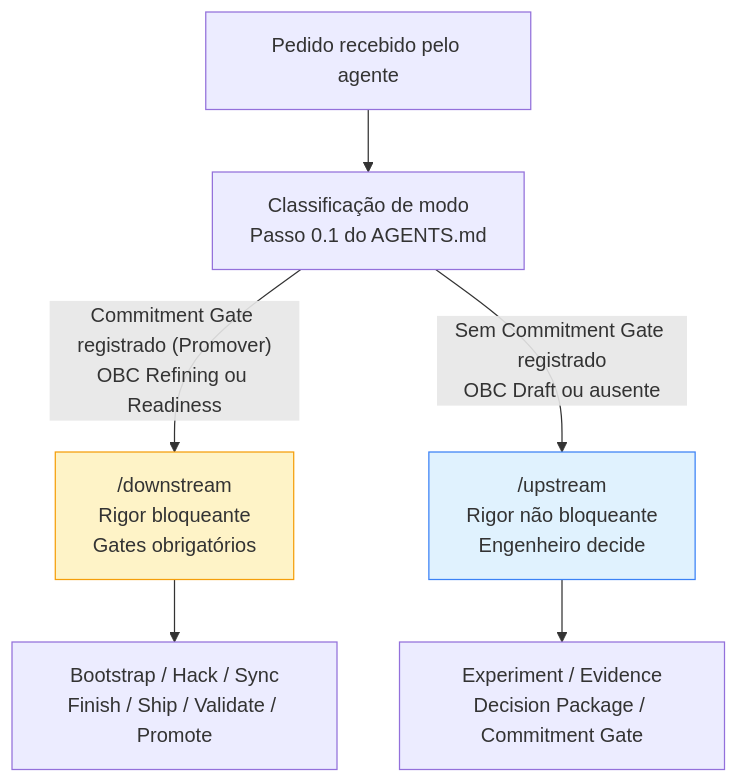
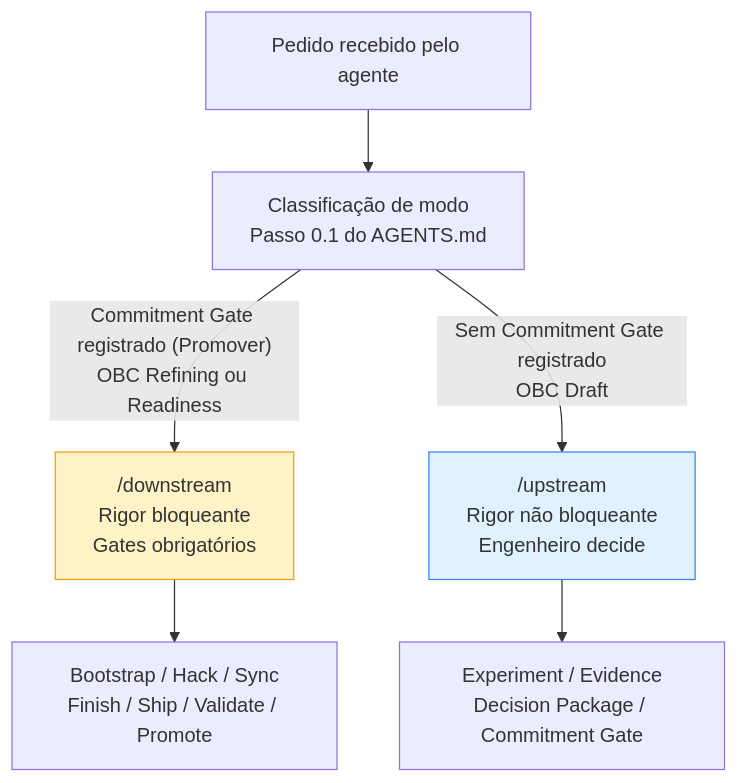
The diagram in capitulo-10.md (produtoreativo/from-intent-to-outcome), drawn with Mermaid before and after one commit. The commit also changed other lines of this file and 11 other files, not shown here.

````diff
--- a/capitulo-10.md
+++ b/capitulo-10.md
@@ -67,11 +67,11 @@
 ```mermaid
 graph TD
     REQ["Pedido recebido pelo agente"] --> CLASS["Classificação de modo\nPasso 0.1 do AGENTS.md"]
     CLASS -->|"Commitment Gate registrado (Promover)\nOBC Refining ou Readiness"| DS["/downstream\nRigor bloqueante\nGates obrigatórios"]
-    CLASS -->|"Sem Commitment Gate registrado\nOBC Draft ou ausente"| US["/upstream\nRigor não bloqueante\nEngenheiro decide"]
+    CLASS -->|"Sem Commitment Gate registrado\nOBC Draft"| US["/upstream\nRigor não bloqueante\nEngenheiro decide"]
     DS --> SKILLS_DS["Bootstrap / Hack / Sync\nFinish / Ship / Validate / Promote"]
     US --> SKILLS_US["Experiment / Evidence\nDecision Package / Commitment Gate"]
 
     style DS fill:#FEF3C7,stroke:#F59E0B
     style US fill:#E0F2FE,stroke:#3B82F6
 ```
````
